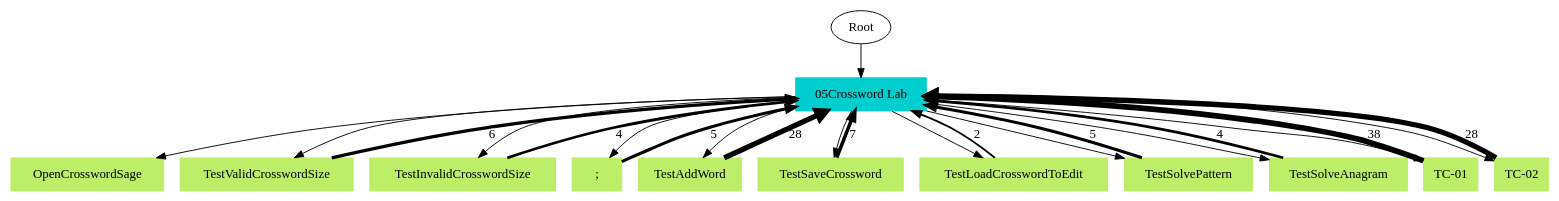
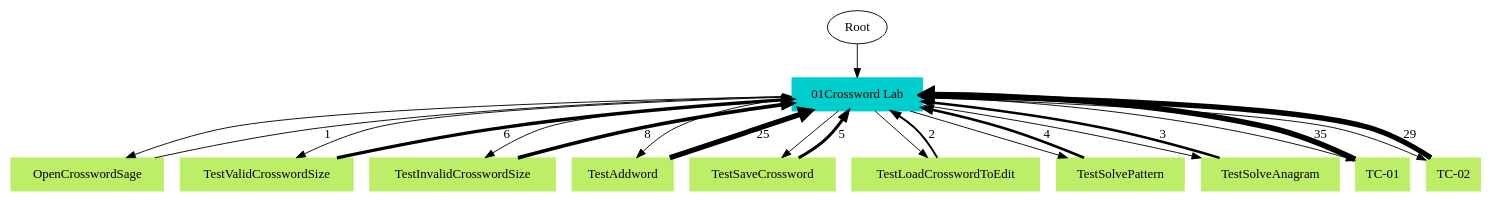
Before and after one commit to mypstom/robotide: the diagram in TS2TC.gv, drawn with Graphviz. The commit also changed 22 other files, not shown here.

```diff
--- a/TS2TC.gv
+++ b/TS2TC.gv
@@ -1,38 +1,36 @@
 // TS <-> TC
 digraph {
 	Root
-	"05Crossword Lab" [color=cyan3 shape=box style=filled]
-		Root -> "05Crossword Lab"
+	"01Crossword Lab" [color=cyan3 shape=box style=filled]
+		Root -> "01Crossword Lab"
 	OpenCrosswordSage [color=darkolivegreen2 shape=box style=filled]
-		"05Crossword Lab" -> OpenCrosswordSage
+		"01Crossword Lab" -> OpenCrosswordSage
 	TestValidCrosswordSize [color=darkolivegreen2 shape=box style=filled]
-		"05Crossword Lab" -> TestValidCrosswordSize
+		"01Crossword Lab" -> TestValidCrosswordSize
 	TestInvalidCrosswordSize [color=darkolivegreen2 shape=box style=filled]
-		"05Crossword Lab" -> TestInvalidCrosswordSize
-	";" [color=darkolivegreen2 shape=box style=filled]
-		"05Crossword Lab" -> ";"
-	TestAddWord [color=darkolivegreen2 shape=box style=filled]
-		"05Crossword Lab" -> TestAddWord
+		"01Crossword Lab" -> TestInvalidCrosswordSize
+	TestAddword [color=darkolivegreen2 shape=box style=filled]
+		"01Crossword Lab" -> TestAddword
 	TestSaveCrossword [color=darkolivegreen2 shape=box style=filled]
-		"05Crossword Lab" -> TestSaveCrossword
+		"01Crossword Lab" -> TestSaveCrossword
 	TestLoadCrosswordToEdit [color=darkolivegreen2 shape=box style=filled]
-		"05Crossword Lab" -> TestLoadCrosswordToEdit
+		"01Crossword Lab" -> TestLoadCrosswordToEdit
 	TestSolvePattern [color=darkolivegreen2 shape=box style=filled]
-		"05Crossword Lab" -> TestSolvePattern
+		"01Crossword Lab" -> TestSolvePattern
 	TestSolveAnagram [color=darkolivegreen2 shape=box style=filled]
-		"05Crossword Lab" -> TestSolveAnagram
+		"01Crossword Lab" -> TestSolveAnagram
 	"TC-01" [color=darkolivegreen2 shape=box style=filled]
-		"05Crossword Lab" -> "TC-01"
+		"01Crossword Lab" -> "TC-01"
 	"TC-02" [color=darkolivegreen2 shape=box style=filled]
-		"05Crossword Lab" -> "TC-02"
-		";" -> "05Crossword Lab" [label=5 penwidth=3.32192809489]
-		TestSolveAnagram -> "05Crossword Lab" [label=4 penwidth=3.0]
-		TestInvalidCrosswordSize -> "05Crossword Lab" [label=4 penwidth=3.0]
-		TestSaveCrossword -> "05Crossword Lab" [label=7 penwidth=3.80735492206]
-		TestValidCrosswordSize -> "05Crossword Lab" [label=6 penwidth=3.58496250072]
-		TestLoadCrosswordToEdit -> "05Crossword Lab" [label=2 penwidth=2.0]
-		"TC-01" -> "05Crossword Lab" [label=38 penwidth=6.24792751344]
-		TestAddWord -> "05Crossword Lab" [label=28 penwidth=5.80735492206]
-		"TC-02" -> "05Crossword Lab" [label=28 penwidth=5.80735492206]
-		TestSolvePattern -> "05Crossword Lab" [label=5 penwidth=3.32192809489]
+		"01Crossword Lab" -> "TC-02"
+		TestLoadCrosswordToEdit -> "01Crossword Lab" [label=2 penwidth=2.0]
+		TestSolvePattern -> "01Crossword Lab" [label=4 penwidth=3.0]
+		"TC-02" -> "01Crossword Lab" [label=29 penwidth=5.85798099513]
+		TestSaveCrossword -> "01Crossword Lab" [label=5 penwidth=3.32192809489]
+		TestInvalidCrosswordSize -> "01Crossword Lab" [label=8 penwidth=4.0]
+		TestSolveAnagram -> "01Crossword Lab" [label=3 penwidth=2.58496250072]
+		TestValidCrosswordSize -> "01Crossword Lab" [label=6 penwidth=3.58496250072]
+		"TC-01" -> "01Crossword Lab" [label=35 penwidth=6.12928301694]
+		OpenCrosswordSage -> "01Crossword Lab" [label=1 penwidth=1.0]
+		TestAddword -> "01Crossword Lab" [label=25 penwidth=5.64385618977]
 }
```
